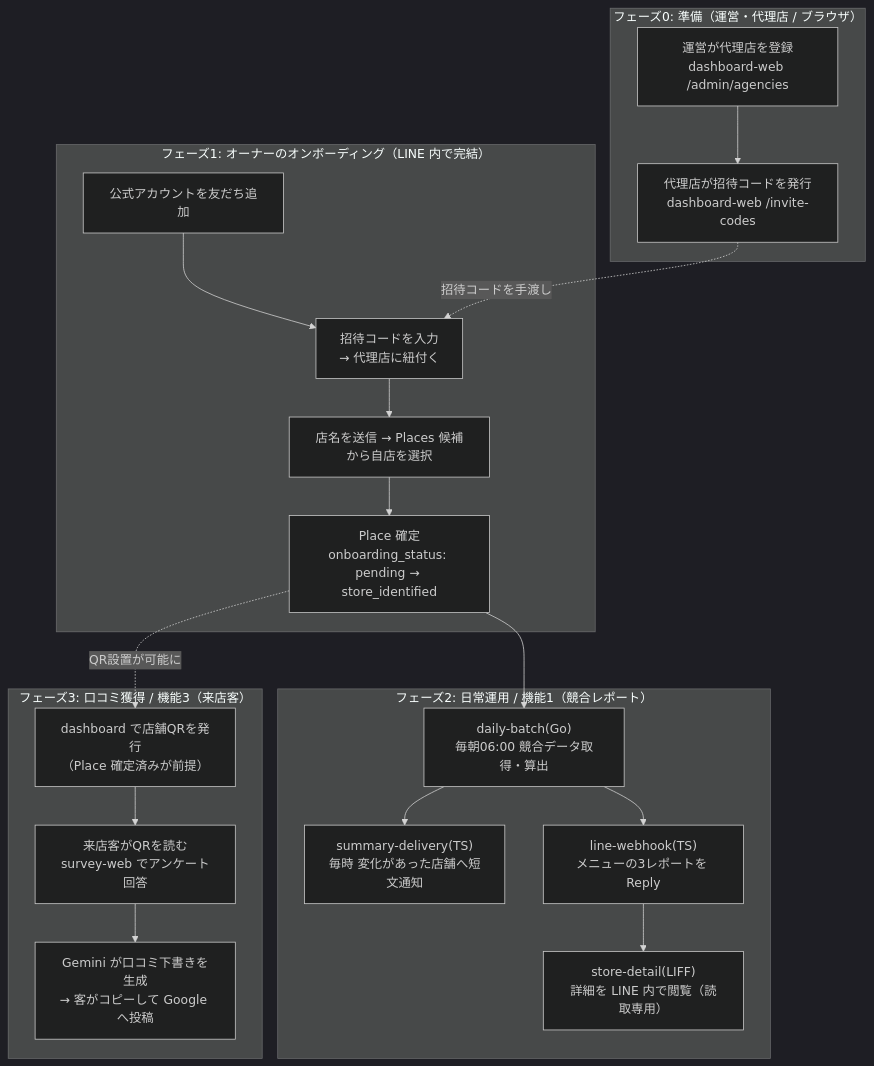
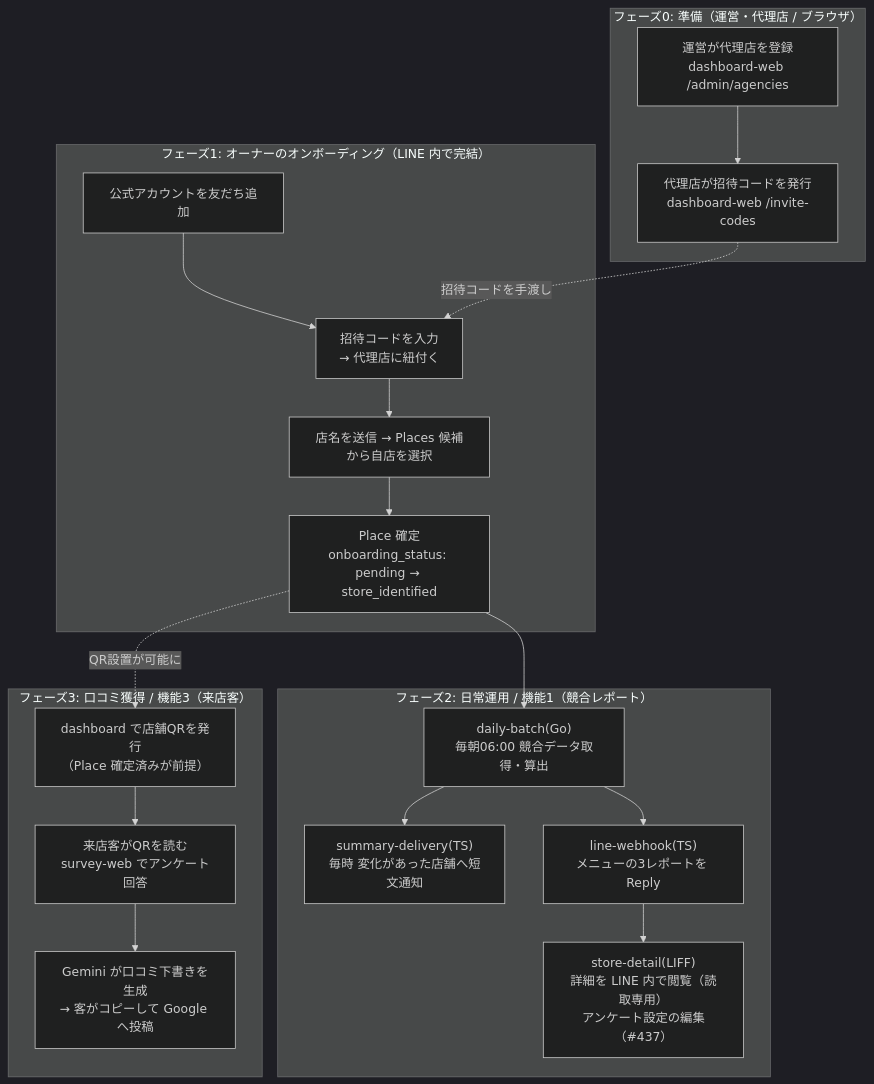
One commit to ManatoYamashita/fw-line-meo changed the diagram in docs/architecture.md. Above: the diagram before and after it, drawn with Mermaid (dark theme). The commit also changed other lines of this file and 42 other files, not shown here.

First line of the commit message:
feat(store-detail): 店舗オーナーがアンケートの料理名・ドリンク名を設定できるようにする（#437）

````diff
--- a/docs/architecture.md
+++ b/docs/architecture.md
@@ -72,37 +72,37 @@
 ```mermaid
 flowchart TD
     subgraph P0["フェーズ0: 準備（運営・代理店 / ブラウザ）"]
         A1["運営が代理店を登録<br/>dashboard-web /admin/agencies"]
         A2["代理店が招待コードを発行<br/>dashboard-web /invite-codes"]
         A1 --> A2
     end
 
     subgraph P1["フェーズ1: オーナーのオンボーディング（LINE 内で完結）"]
         B1["公式アカウントを友だち追加"]
         B2["招待コードを入力<br/>→ 代理店に紐付く"]
         B3["店名を送信 → Places 候補から自店を選択"]
         B4["Place 確定<br/>onboarding_status: pending → store_identified"]
         B1 --> B2 --> B3 --> B4
     end
 
     subgraph P2["フェーズ2: 日常運用 / 機能1（競合レポート）"]
         C1["daily-batch(Go)<br/>毎朝06:00 競合データ取得・算出"]
         C2["summary-delivery(TS)<br/>毎時 変化があった店舗へ短文通知"]
         C3["line-webhook(TS)<br/>メニューの3レポートを Reply"]
-        C4["store-detail(LIFF)<br/>詳細を LINE 内で閲覧（読取専用）"]
+        C4["store-detail(LIFF)<br/>詳細を LINE 内で閲覧（読取専用）<br/>アンケート設定の編集（#437）"]
         C1 --> C2
         C1 --> C3
         C3 --> C4
     end
 
     subgraph P3["フェーズ3: 口コミ獲得 / 機能3（来店客）"]
         D1["dashboard で店舗QRを発行<br/>（Place 確定済みが前提）"]
         D2["来店客がQRを読む<br/>survey-web でアンケート回答"]
         D3["Gemini が口コミ下書きを生成<br/>→ 客がコピーして Google へ投稿"]
         D1 --> D2 --> D3
     end
 
     A2 -. 招待コードを手渡し .-> B2
     B4 --> C1
     B4 -. QR設置が可能に .-> D1
 ```
````
